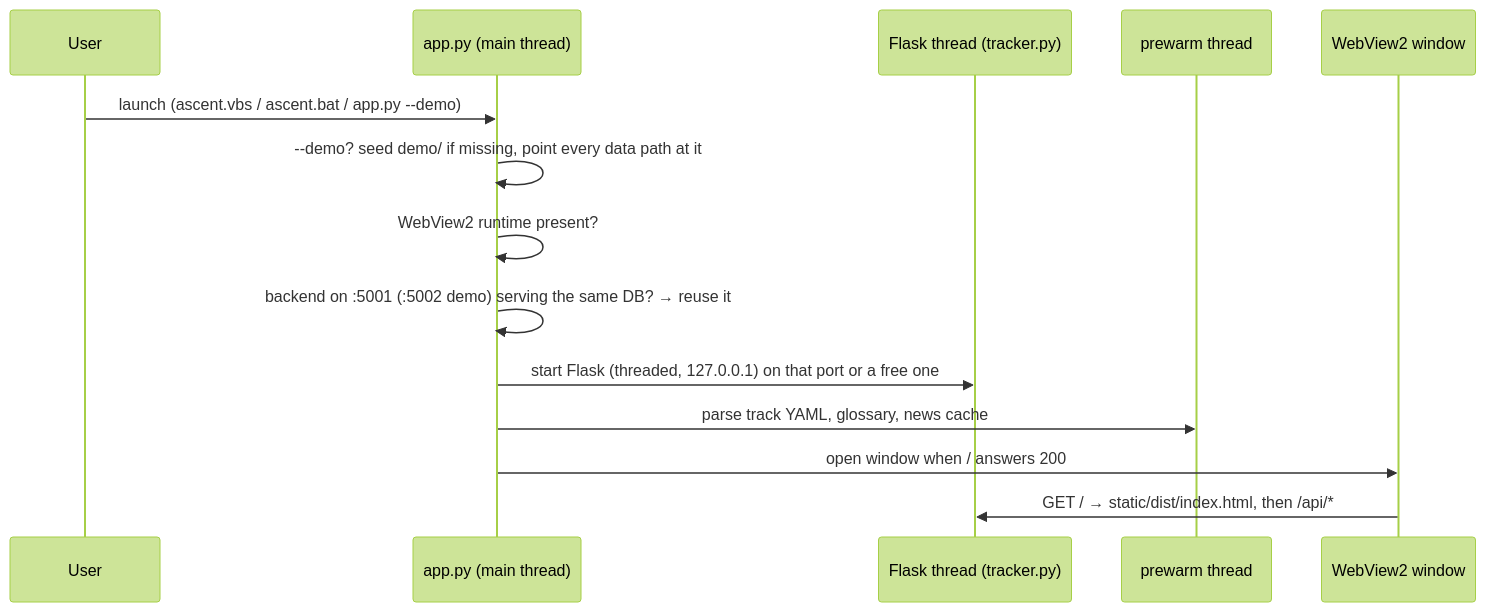
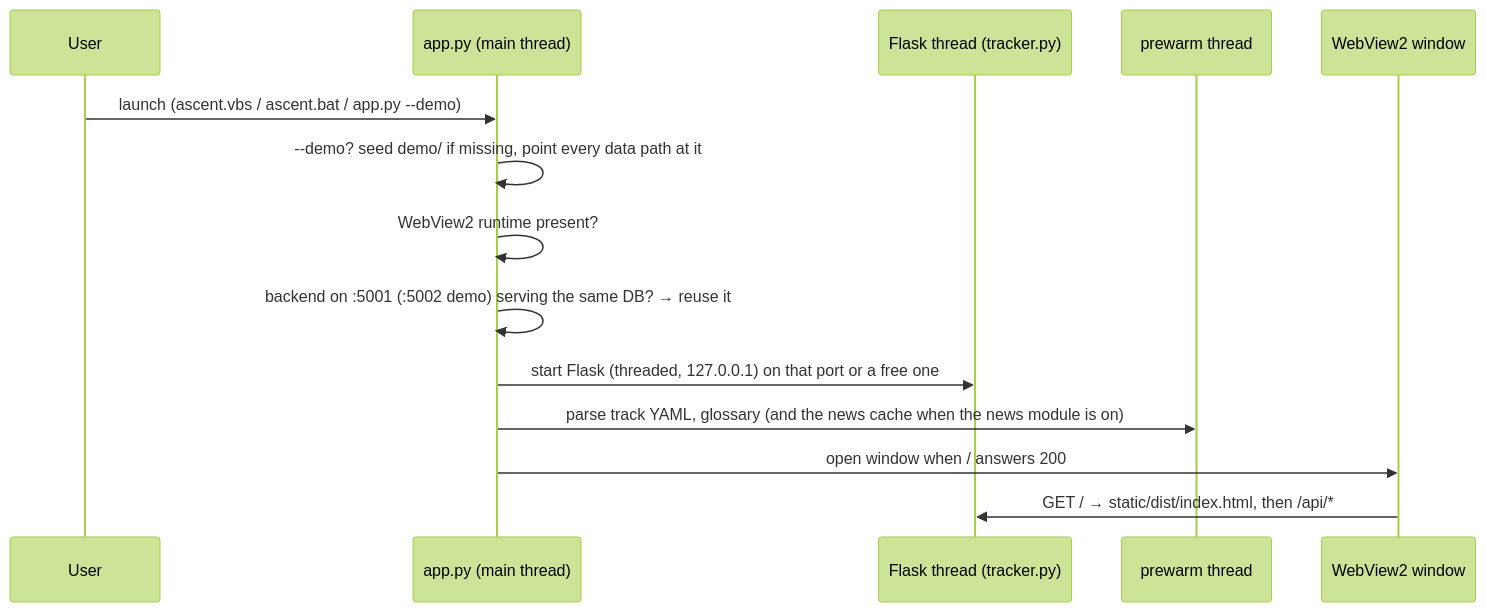
The diagram in docs/ARCHITECTURE.md (aaronk2001/ascent-career-os), drawn with Mermaid (forest theme) before and after one commit. The commit also changed other lines of this file and 43 other files, not shown here.

````diff
--- a/docs/ARCHITECTURE.md
+++ b/docs/ARCHITECTURE.md
@@ -7,16 +7,16 @@
 ```mermaid
 sequenceDiagram
   participant U as User
   participant A as app.py (main thread)
   participant F as Flask thread (tracker.py)
   participant P as prewarm thread
   participant W as WebView2 window
   U->>A: launch (ascent.vbs / ascent.bat / app.py --demo)
   A->>A: --demo? seed demo/ if missing, point every data path at it
   A->>A: WebView2 runtime present?
   A->>A: backend on :5001 (:5002 demo) serving the same DB? → reuse it
   A->>F: start Flask (threaded, 127.0.0.1) on that port or a free one
-  A->>P: parse track YAML, glossary, news cache
+  A->>P: parse track YAML, glossary (and the news cache when the news module is on)
   A->>W: open window when /  answers 200
   W->>F: GET / → static/dist/index.html, then /api/*
 ```
````
